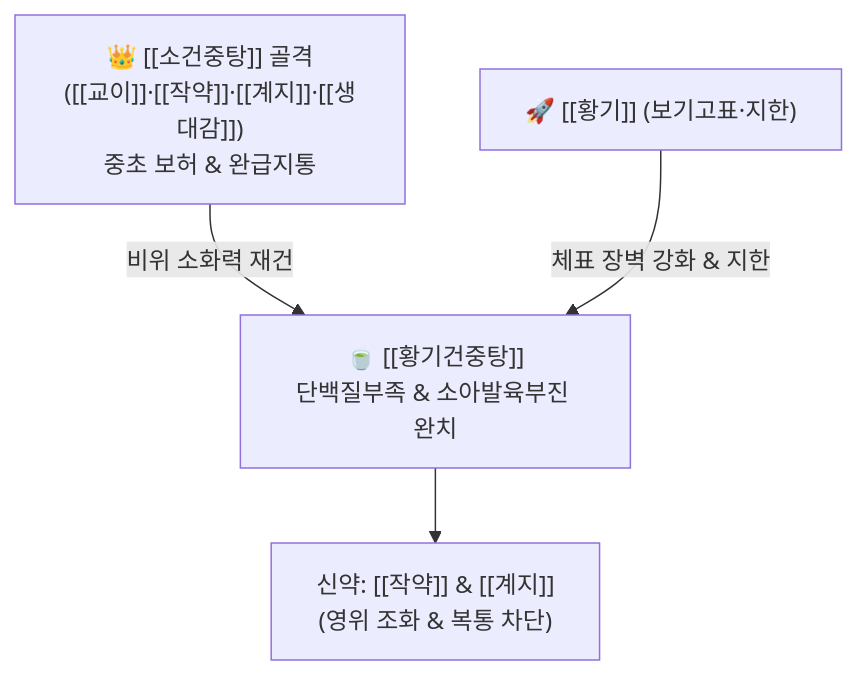
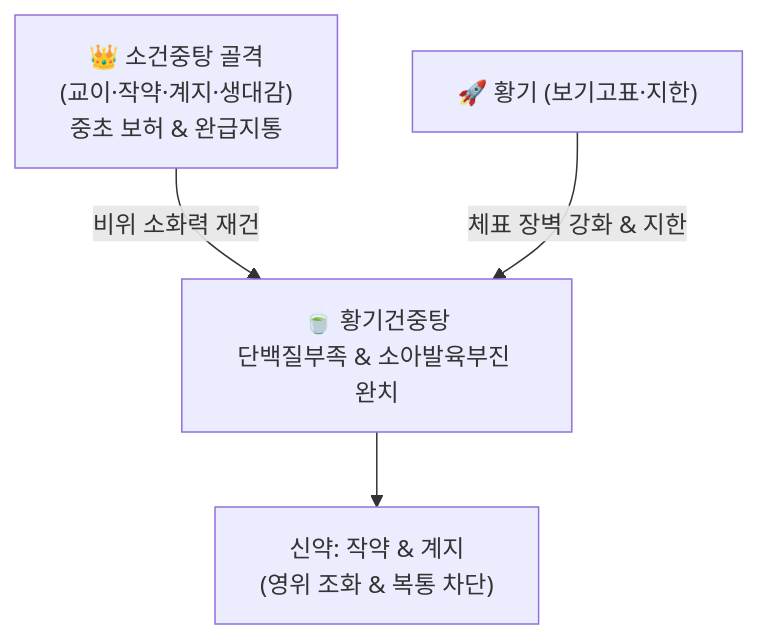
Before and after one commit to simbio11/simbio-digital-garden2: the diagram in content/2. 약리 공부/처방/02_보익제/황기건중탕.md, drawn with Mermaid. The commit also changed other lines of this file and 323 other files, not shown here.

````diff
--- a/content/2. 약리 공부/처방/02_보익제/황기건중탕.md
+++ b/content/2. 약리 공부/처방/02_보익제/황기건중탕.md
@@ -48,6 +50,6 @@
 ```mermaid
 graph TD
-    SKZ["👑 [[소건중탕]] 골격<br>([[교이]]·[[작약]]·[[계지]]·[[생대감]])<br>중초 보허 & 완급지통"] -->|비위 소화력 재건| TOTAL["🍵 [[황기건중탕]]<br>단백질부족 & 소아발육부진 완치"]
-    HQ["🚀 [[황기]] (보기고표·지한)"] -->|체표 장벽 강화 & 지한| TOTAL
-    TOTAL --> JYGZ["신약: [[작약]] & [[계지]]<br>(영위 조화 & 복통 차단)"]
+    SKZ["👑 소건중탕 골격<br>(교이·작약·계지·생대감)<br>중초 보허 & 완급지통"] -->|비위 소화력 재건| TOTAL["🍵 황기건중탕<br>단백질부족 & 소아발육부진 완치"]
+    HQ["🚀 황기 (보기고표·지한)"] -->|체표 장벽 강화 & 지한| TOTAL
+    TOTAL --> JYGZ["신약: 작약 & 계지<br>(영위 조화 & 복통 차단)"]
 ```
````
